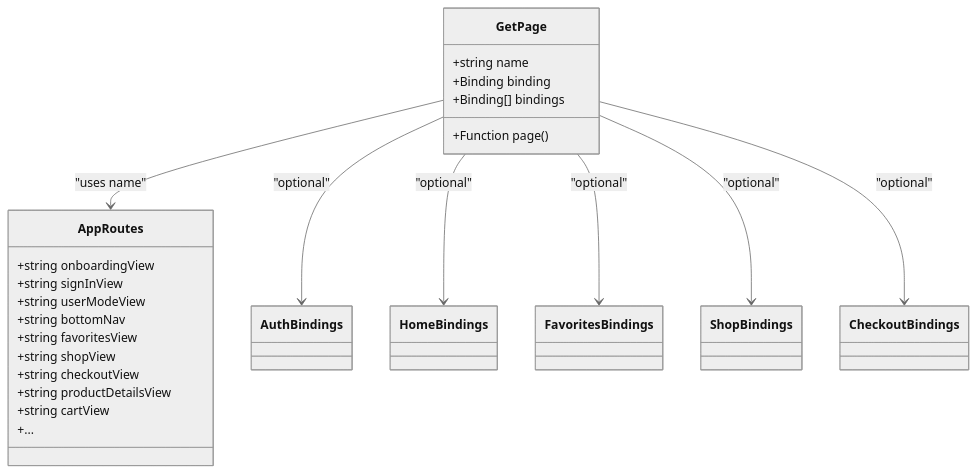
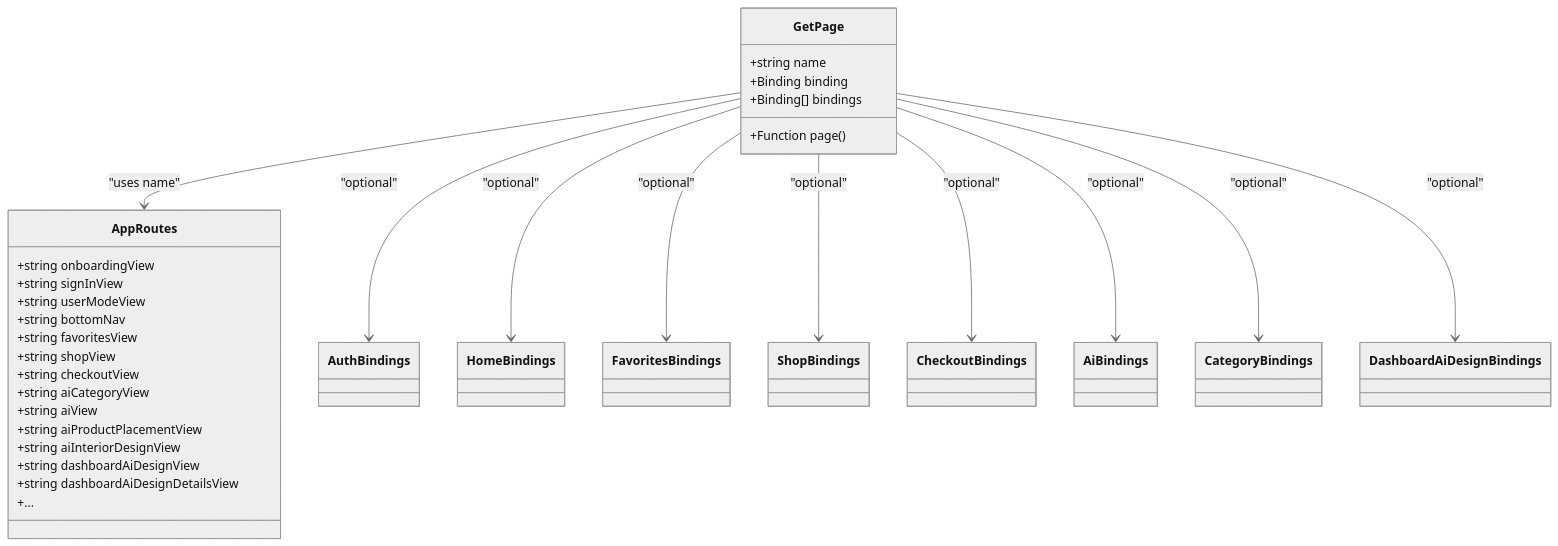
The fourth of 9 diagrams in .qoder/repowiki/en/content/Architecture Overview/Routing and Navigation.md (Ariful3111/FurniGo), drawn with Mermaid (neutral theme) before and after one commit. The commit also changed other lines of this file and 67 other files, not shown here.

````diff
--- a/.qoder/repowiki/en/content/Architecture Overview/Routing and Navigation.md
+++ b/.qoder/repowiki/en/content/Architecture Overview/Routing and Navigation.md
@@ -210,32 +237,42 @@
 ```mermaid
 classDiagram
 class GetPage {
 +string name
 +Function page()
 +Binding binding
 +Binding[] bindings
 }
 class AppRoutes {
 +string onboardingView
 +string signInView
 +string userModeView
 +string bottomNav
 +string favoritesView
 +string shopView
 +string checkoutView
-+string productDetailsView
-+string cartView
++string aiCategoryView
++string aiView
++string aiProductPlacementView
++string aiInteriorDesignView
++string dashboardAiDesignView
++string dashboardAiDesignDetailsView
 +...
 }
 class AuthBindings
 class HomeBindings
 class FavoritesBindings
 class ShopBindings
 class CheckoutBindings
+class AiBindings
+class CategoryBindings
+class DashboardAiDesignBindings
 GetPage --> AppRoutes : "uses name"
 GetPage --> AuthBindings : "optional"
 GetPage --> HomeBindings : "optional"
 GetPage --> FavoritesBindings : "optional"
 GetPage --> ShopBindings : "optional"
 GetPage --> CheckoutBindings : "optional"
+GetPage --> AiBindings : "optional"
+GetPage --> CategoryBindings : "optional"
+GetPage --> DashboardAiDesignBindings : "optional"
 ```
````
